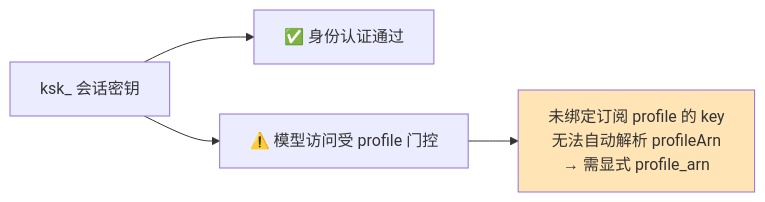
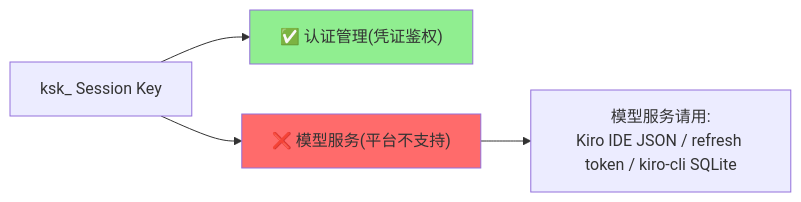
Before and after one commit to liangyimingcom/kiro-gateway_jwadow: the fourth of 4 diagrams in docs/zh/API_KEY_AUTH_POC_RESULT.md, drawn with Mermaid. The commit also changed other lines of this file and 9 other files, not shown here.

````diff
--- a/docs/zh/API_KEY_AUTH_POC_RESULT.md
+++ b/docs/zh/API_KEY_AUTH_POC_RESULT.md
@@ -186,7 +158,8 @@
 ```mermaid
 flowchart LR
-    K["ksk_ 会话密钥"] --> A["✅ 身份认证通过"]
-    K --> B["⚠️ 模型访问受 profile 门控"]
-    B --> C["未绑定订阅 profile 的 key<br/>无法自动解析 profileArn<br/>→ 需显式 profile_arn"]
-    style C fill:#FFE4B5
+    K["ksk_ Session Key"] --> A["✅ 认证管理(凭证鉴权)"]
+    K --> B["❌ 模型服务(平台不支持)"]
+    B --> C["模型服务请用:<br/>Kiro IDE JSON / refresh token / kiro-cli SQLite"]
+    style A fill:#90EE90
+    style B fill:#ff6b6b
 ```
````
